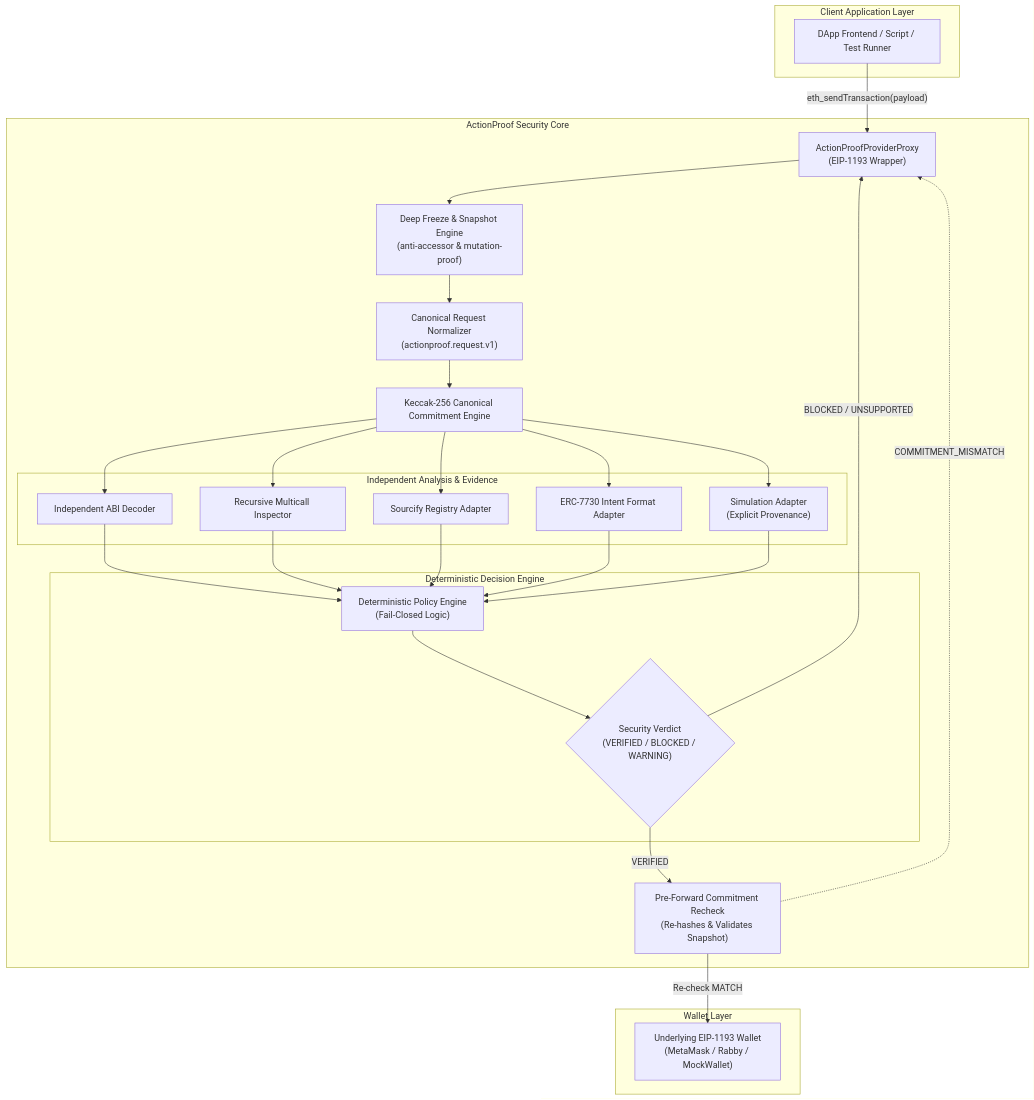
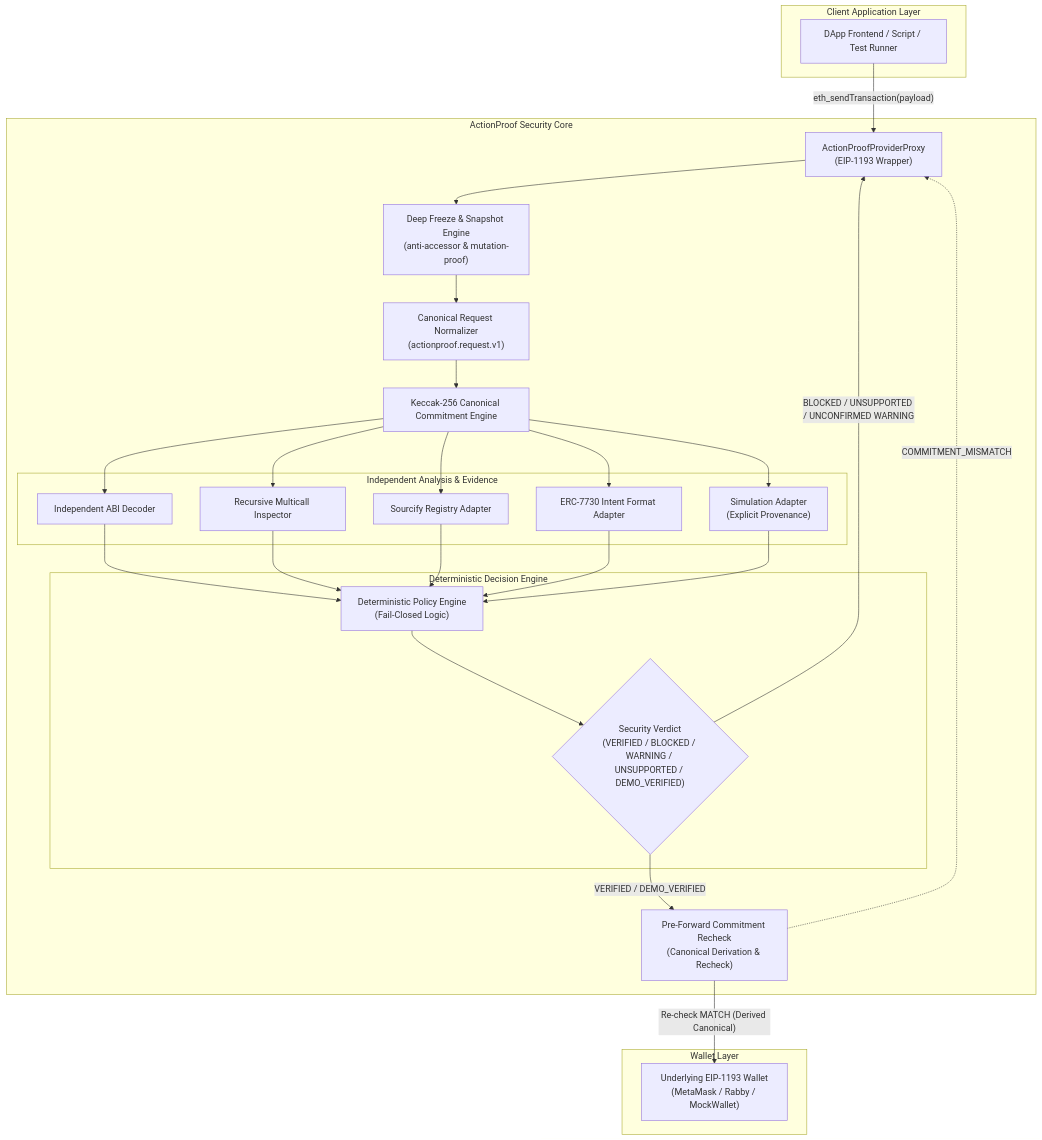
Before and after one commit to Abhi010903/ActionProofETR: the diagram in docs/03-ARCHITECTURE.md, drawn with Mermaid. The commit also changed other lines of this file and 43 other files, not shown here.

````diff
--- a/docs/03-ARCHITECTURE.md
+++ b/docs/03-ARCHITECTURE.md
@@ -5,45 +5,45 @@
 ```mermaid
 flowchart TD
     subgraph Client Application Layer
         DApp["DApp Frontend / Script / Test Runner"]
     end
 
     subgraph ActionProof Security Core
         Proxy["ActionProofProviderProxy<br/>(EIP-1193 Wrapper)"]
         Snapshot["Deep Freeze & Snapshot Engine<br/>(anti-accessor & mutation-proof)"]
         Canonicalizer["Canonical Request Normalizer<br/>(actionproof.request.v1)"]
         Commitment["Keccak-256 Canonical Commitment Engine"]
         
         subgraph Independent Analysis & Evidence
             ABIDecoder["Independent ABI Decoder"]
             Multicall["Recursive Multicall Inspector"]
             Sourcify["Sourcify Registry Adapter"]
             ERC7730["ERC-7730 Intent Format Adapter"]
             Simulation["Simulation Adapter<br/>(Explicit Provenance)"]
         end
 
         subgraph Deterministic Decision Engine
             Policy["Deterministic Policy Engine<br/>(Fail-Closed Logic)"]
-            Verdict{"Security Verdict<br/>(VERIFIED / BLOCKED / WARNING)"}
+            Verdict{"Security Verdict<br/>(VERIFIED / BLOCKED / WARNING / UNSUPPORTED / DEMO_VERIFIED)"}
         end
 
-        Barrier["Pre-Forward Commitment Recheck<br/>(Re-hashes & Validates Snapshot)"]
+        Barrier["Pre-Forward Commitment Recheck<br/>(Canonical Derivation & Recheck)"]
     end
 
     subgraph Wallet Layer
         Wallet["Underlying EIP-1193 Wallet<br/>(MetaMask / Rabby / MockWallet)"]
     end
 
     DApp -->|"eth_sendTransaction(payload)"| Proxy
     Proxy --> Snapshot
     Snapshot --> Canonicalizer
     Canonicalizer --> Commitment
     Commitment --> ABIDecoder & Multicall & Sourcify & ERC7730 & Simulation
     ABIDecoder & Multicall & Sourcify & ERC7730 & Simulation --> Policy
     Policy --> Verdict
 
-    Verdict -->|"VERIFIED"| Barrier
-    Verdict -->|"BLOCKED / UNSUPPORTED"| Proxy
-    Barrier -->|"Re-check MATCH"| Wallet
+    Verdict -->|"VERIFIED / DEMO_VERIFIED"| Barrier
+    Verdict -->|"BLOCKED / UNSUPPORTED / UNCONFIRMED WARNING"| Proxy
+    Barrier -->|"Re-check MATCH (Derived Canonical)"| Wallet
     Barrier -.->|"COMMITMENT_MISMATCH"| Proxy
 ```
````
